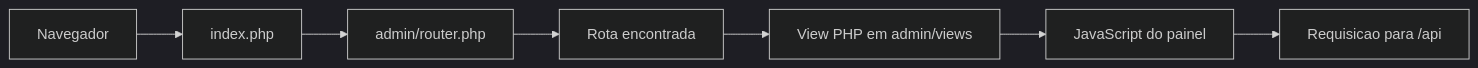
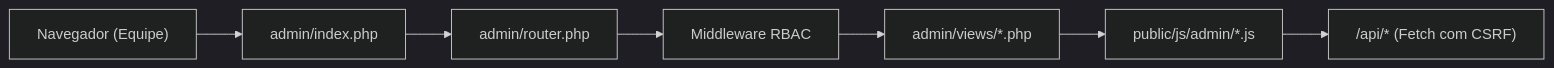
The first of 3 diagrams in docs/arquitetura.md (Rafael-Nz/LTD-C.T-Centro-de-Treinamento), drawn with Mermaid (dark theme) before and after one commit. The commit also changed other lines of this file and 20 other files, not shown here.

````diff
--- a/docs/arquitetura.md
+++ b/docs/arquitetura.md
@@ -128,9 +101,9 @@
 ```mermaid
 flowchart LR
-    A["Navegador"] --> B["index.php"]
+    A["Navegador (Equipe)"] --> B["admin/index.php"]
     B --> C["admin/router.php"]
-    C --> D["Rota encontrada"]
-    D --> E["View PHP em admin/views"]
-    E --> F["JavaScript do painel"]
-    F --> G["Requisicao para /api"]
+    C --> D["Middleware RBAC"]
+    D --> E["admin/views/*.php"]
+    E --> F["public/js/admin/*.js"]
+    F --> G["/api/* (Fetch com CSRF)"]
 ```
````
